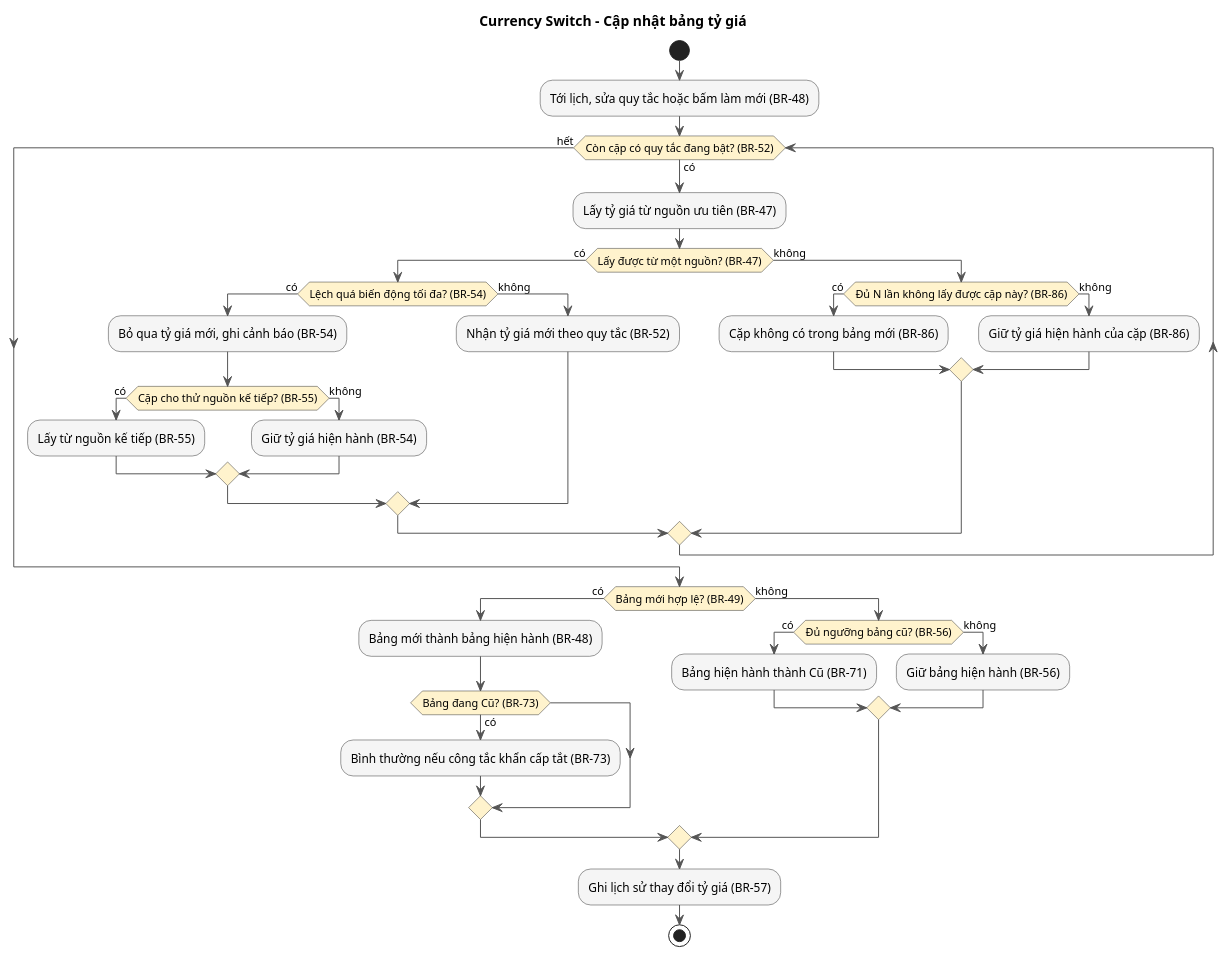
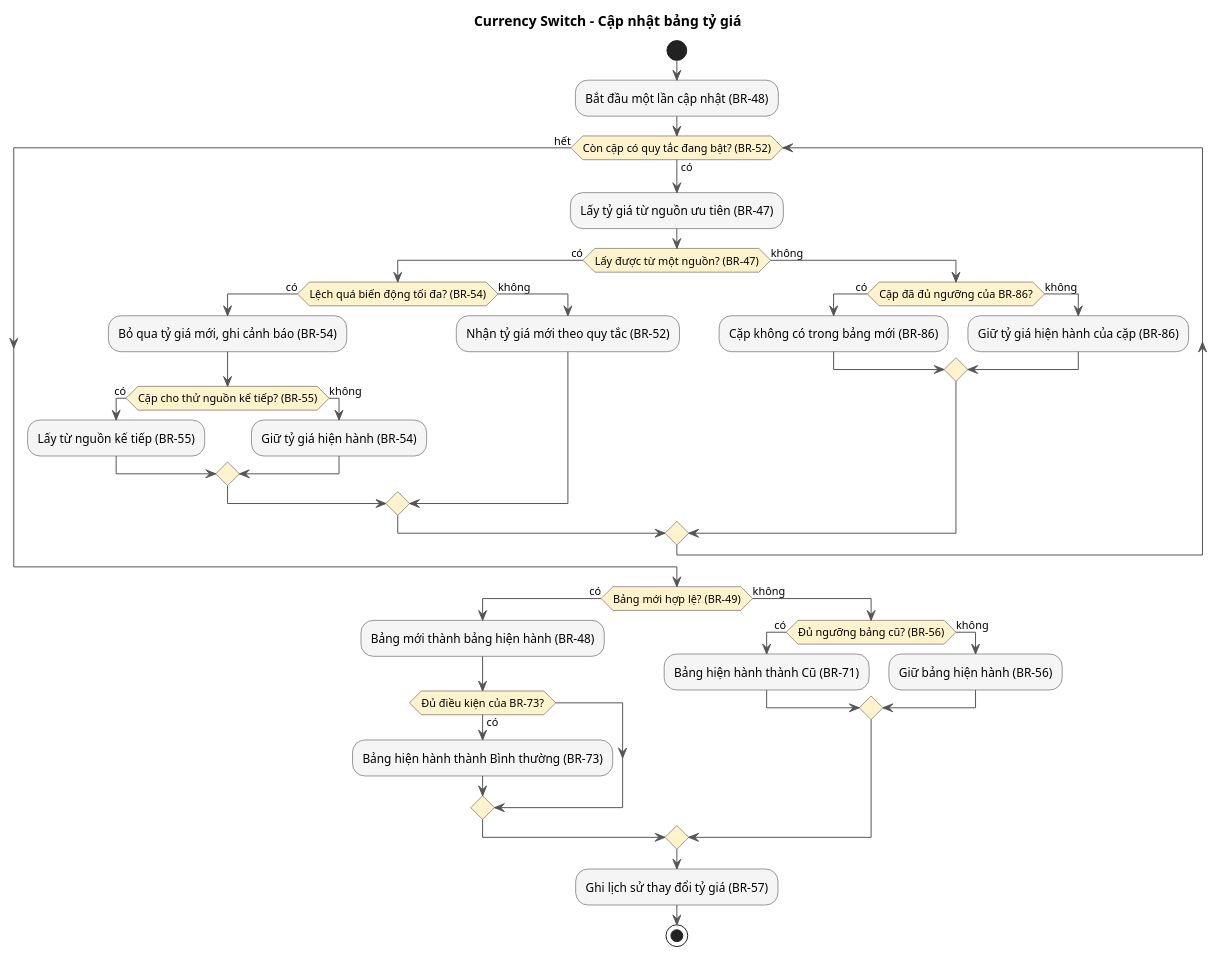
The third of 3 diagrams in domain-knowledge/currency-switch/PRDs/currency-switch_PRD.md (Tuon-Tun/PRD_Vexere), drawn with PlantUML before and after one commit. The commit also changed other lines of this file, not shown here.

````diff
--- a/domain-knowledge/currency-switch/PRDs/currency-switch_PRD.md
+++ b/domain-knowledge/currency-switch/PRDs/currency-switch_PRD.md
@@ -478,48 +461,48 @@
 ```plantuml
 @startuml
 skinparam ActivityBackgroundColor #f5f5f5
 skinparam ActivityBorderColor #333333
 skinparam ArrowColor #555555
 skinparam ActivityDiamondBackgroundColor #fff3cd
 
 title Currency Switch - Cập nhật bảng tỷ giá
 
 start
-:Tới lịch, sửa quy tắc hoặc bấm làm mới (BR-48);
+:Bắt đầu một lần cập nhật (BR-48);
 while (Còn cặp có quy tắc đang bật? (BR-52)) is (có)
   :Lấy tỷ giá từ nguồn ưu tiên (BR-47);
   if (Lấy được từ một nguồn? (BR-47)) then (có)
     if (Lệch quá biến động tối đa? (BR-54)) then (có)
       :Bỏ qua tỷ giá mới, ghi cảnh báo (BR-54);
       if (Cặp cho thử nguồn kế tiếp? (BR-55)) then (có)
         :Lấy từ nguồn kế tiếp (BR-55);
       else (không)
         :Giữ tỷ giá hiện hành (BR-54);
       endif
     else (không)
       :Nhận tỷ giá mới theo quy tắc (BR-52);
     endif
   else (không)
-    if (Đủ N lần không lấy được cặp này? (BR-86)) then (có)
+    if (Cặp đã đủ ngưỡng của BR-86?) then (có)
       :Cặp không có trong bảng mới (BR-86);
     else (không)
       :Giữ tỷ giá hiện hành của cặp (BR-86);
     endif
   endif
 endwhile (hết)
 if (Bảng mới hợp lệ? (BR-49)) then (có)
   :Bảng mới thành bảng hiện hành (BR-48);
-  if (Bảng đang Cũ? (BR-73)) then (có)
-    :Bình thường nếu công tắc khẩn cấp tắt (BR-73);
+  if (Đủ điều kiện của BR-73?) then (có)
+    :Bảng hiện hành thành Bình thường (BR-73);
   endif
 else (không)
   if (Đủ ngưỡng bảng cũ? (BR-56)) then (có)
     :Bảng hiện hành thành Cũ (BR-71);
   else (không)
     :Giữ bảng hiện hành (BR-56);
   endif
 endif
 :Ghi lịch sử thay đổi tỷ giá (BR-57);
 stop
 @enduml
 ```
````
